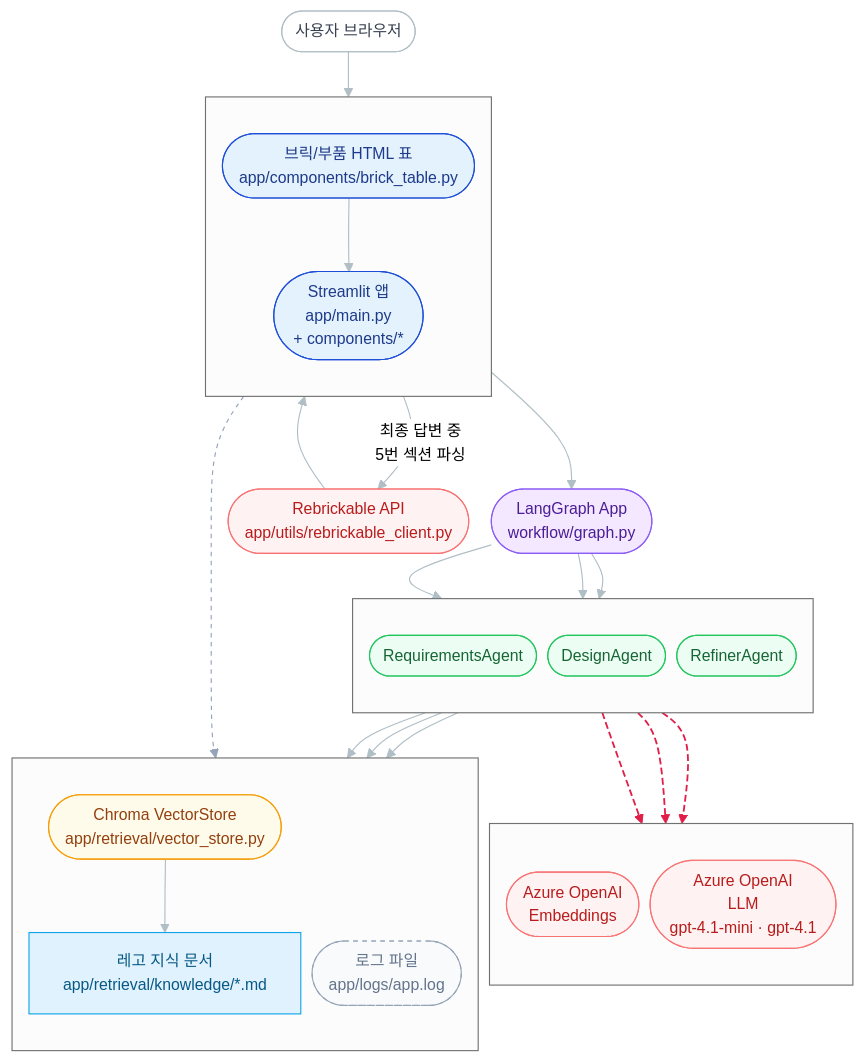
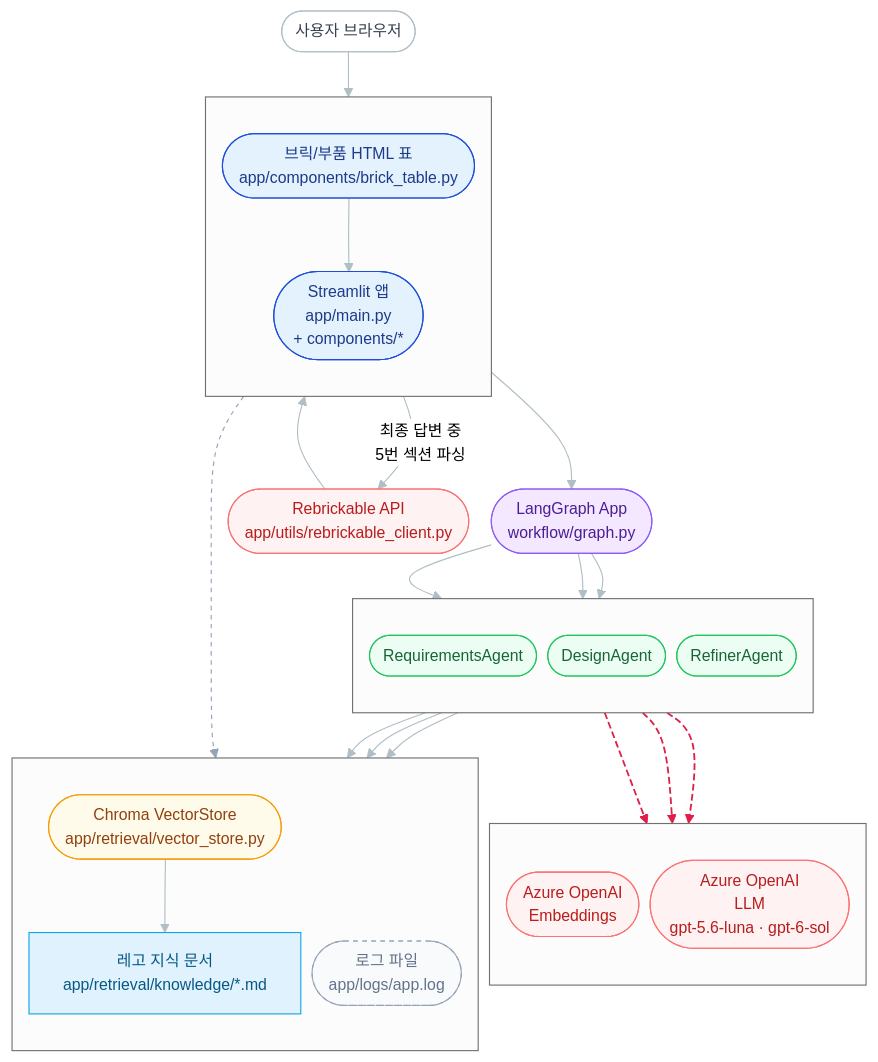
Before and after one commit to pcmola/lego-ai-service: the second of 3 diagrams in README.md, drawn with Mermaid. The commit also changed other lines of this file and 15 other files, not shown here.

```diff
--- a/README.md
+++ b/README.md
@@ -157,7 +189,7 @@
   subgraph AZURE[ ]
     direction TB
     E([Azure OpenAI<br/>Embeddings]):::service
-    LLM([Azure OpenAI<br/>LLM<br/>gpt-4.1-mini · gpt-4.1]):::service
+    LLM([Azure OpenAI<br/>LLM<br/>gpt-5.6-luna · gpt-6-sol]):::service
   end
 
   %% ───────── 지식 / 저장소 ─────────
```
